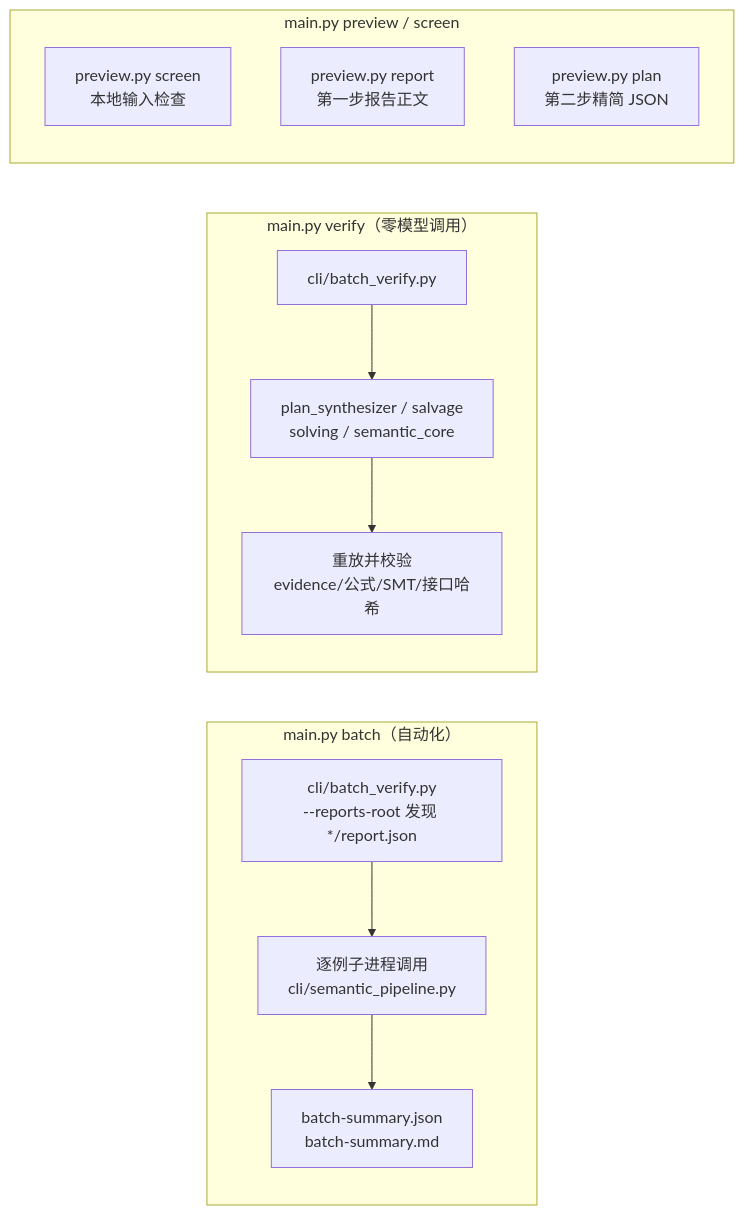
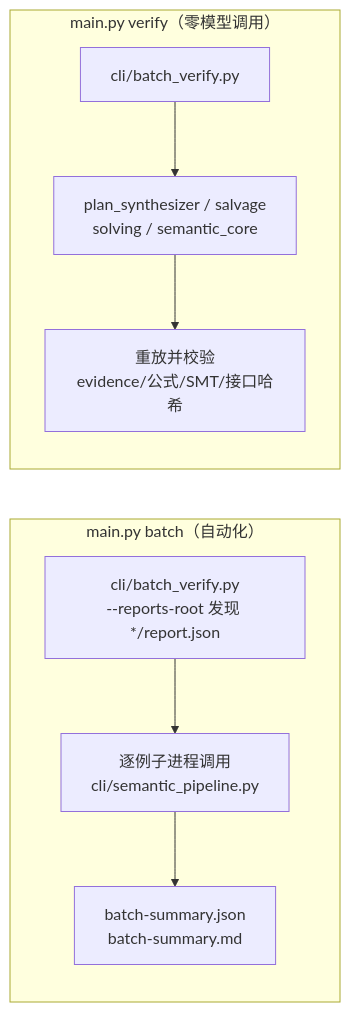
The second of 2 diagrams in tools/report_constraints_v2/docs/STAGE2_FLOW.md (zmszdd/sc_slicer_standalone), drawn with Mermaid before and after one commit. The commit also changed other lines of this file and 2530 other files, not shown here.

````diff
--- a/tools/report_constraints_v2/docs/STAGE2_FLOW.md
+++ b/tools/report_constraints_v2/docs/STAGE2_FLOW.md
@@ -105,16 +105,11 @@
 ```mermaid
 flowchart LR
     subgraph Auto["main.py batch（自动化）"]
         B1["cli/batch_verify.py<br/>--reports-root 发现 */report.json"] --> B2["逐例子进程调用<br/>cli/semantic_pipeline.py"]
         B2 --> B3["batch-summary.json<br/>batch-summary.md"]
     end
     subgraph Ver["main.py verify（零模型调用）"]
         V1["cli/batch_verify.py"] --> V2["plan_synthesizer / salvage<br/>solving / semantic_core"]
         V2 --> V3["重放并校验<br/>evidence/公式/SMT/接口哈希"]
     end
-    subgraph Pre["main.py preview / screen"]
-        P1["preview.py screen<br/>本地输入检查"] 
-        P2["preview.py report<br/>第一步报告正文"]
-        P3["preview.py plan<br/>第二步精简 JSON"]
-    end
 ```
````
